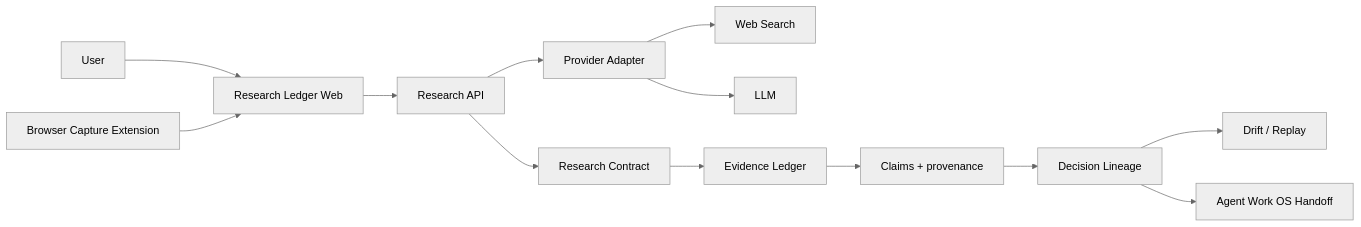
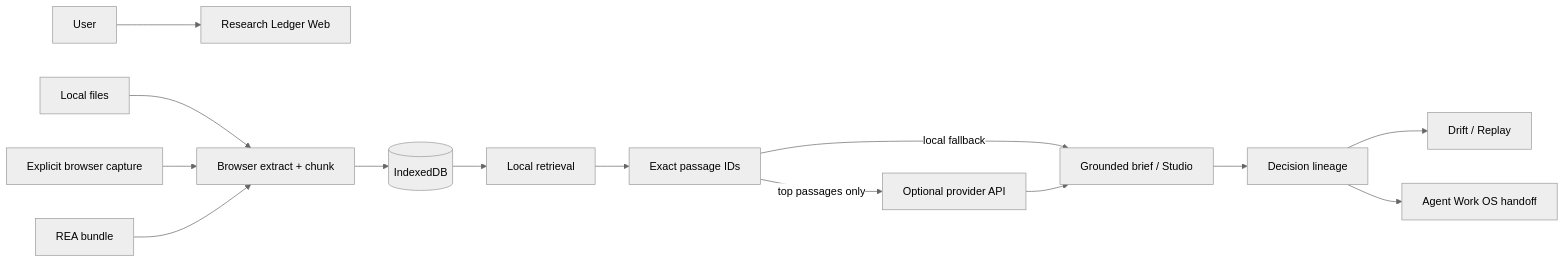
Before and after one commit to rrahul0904/agent-work-os: the diagram in labs/research-ledger/docs/REA_REPORT.md, drawn with Mermaid (neutral theme). The commit also changed other lines of this file and 10 other files, not shown here.

Commit message:
feat(research-ledger): converge ResearchBench donor into local-first v0.2

````diff
--- a/labs/research-ledger/docs/REA_REPORT.md
+++ b/labs/research-ledger/docs/REA_REPORT.md
@@ -35,15 +63,16 @@
 ```mermaid
 flowchart LR
   U[User] --> W[Research Ledger Web]
-  B[Browser Capture Extension] --> W
-  W --> API[Research API]
-  API --> P[Provider Adapter]
-  P --> WS[Web Search]
-  P --> LLM[LLM]
-  API --> C[Research Contract]
-  C --> E[Evidence Ledger]
-  E --> CL[Claims + provenance]
-  CL --> D[Decision Lineage]
-  D --> DR[Drift / Replay]
-  D --> H[Agent Work OS Handoff]
+  F[Local files] --> X[Browser extract + chunk]
+  B[Explicit browser capture] --> X
+  R[REA bundle] --> X
+  X --> IDB[(IndexedDB)]
+  IDB --> RET[Local retrieval]
+  RET --> C[Exact passage IDs]
+  C -->|local fallback| G[Grounded brief / Studio]
+  C -->|top passages only| API[Optional provider API]
+  API --> G
+  G --> L[Decision lineage]
+  L --> D[Drift / Replay]
+  L --> H[Agent Work OS handoff]
 ```
````
